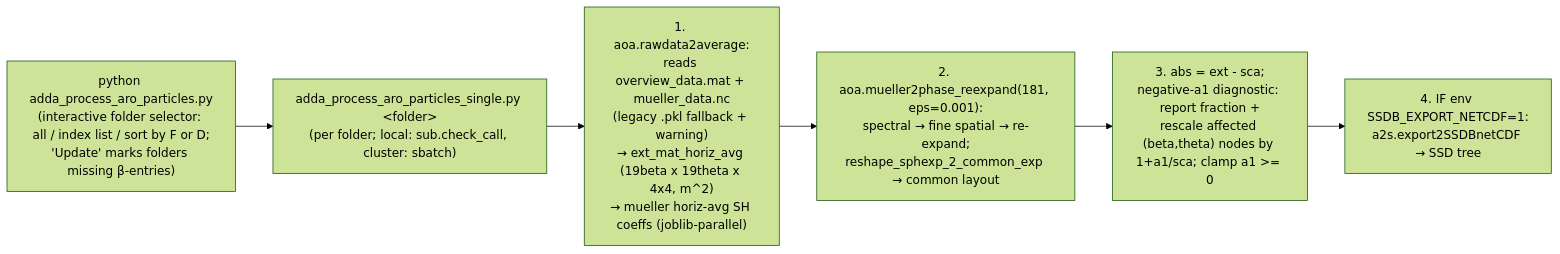
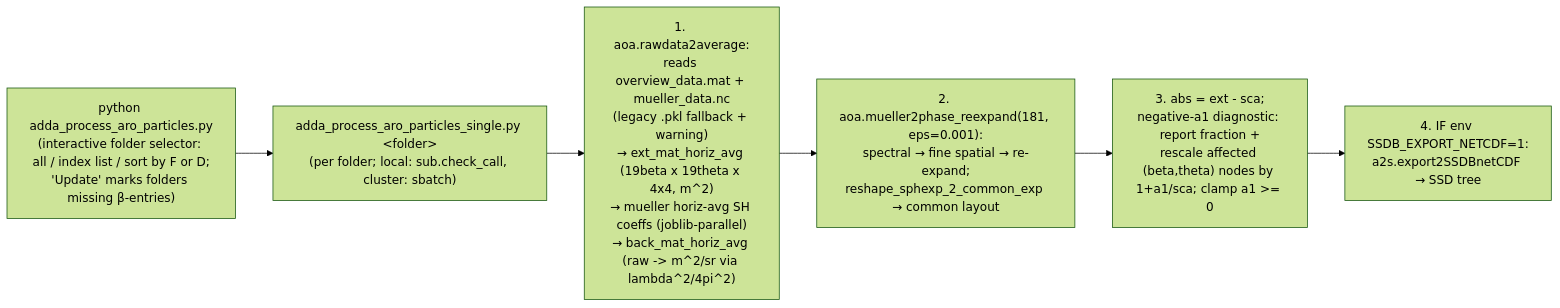
Before and after one commit to m-brath/DDA: the tenth of 11 diagrams in docs/DDA-manual.md, drawn with Mermaid (forest theme). The commit also changed other lines of this file and 7 other files, not shown here.

````diff
--- a/docs/DDA-manual.md
+++ b/docs/DDA-manual.md
@@ -780,10 +845,10 @@
 ```mermaid
 flowchart LR
     P["python adda_process_aro_particles.py<br/>(interactive folder selector: all / index list / sort by F or D;<br/>'Update' marks folders missing β-entries)"]
     Q["adda_process_aro_particles_single.py &lt;folder&gt;<br/>(per folder; local: sub.check_call, cluster: sbatch)"]
-    R["1. aoa.rawdata2average:<br/>reads overview_data.mat + mueller_data.nc<br/>(legacy .pkl fallback + warning)<br/>→ ext_mat_horiz_avg (19beta x 19theta x 4x4, m^2)<br/>→ mueller horiz-avg SH coeffs (joblib-parallel)"]
+    R["1. aoa.rawdata2average:<br/>reads overview_data.mat + mueller_data.nc<br/>(legacy .pkl fallback + warning)<br/>→ ext_mat_horiz_avg (19beta x 19theta x 4x4, m^2)<br/>→ mueller horiz-avg SH coeffs (joblib-parallel)<br/>→ back_mat_horiz_avg (raw -> m^2/sr via lambda^2/4pi^2)"]
     S["2. aoa.mueller2phase_reexpand(181, eps=0.001):<br/>spectral → fine spatial → re-expand;<br/>reshape_sphexp_2_common_exp → common layout"]
     T["3. abs = ext - sca;<br/>negative-a1 diagnostic: report fraction +<br/>rescale affected (beta,theta) nodes by 1+a1/sca; clamp a1 &gt;= 0"]
     U["4. IF env SSDB_EXPORT_NETCDF=1:<br/>a2s.export2SSDBnetCDF → SSD tree"]
     P --> Q --> R --> S --> T --> U
 ```
````
